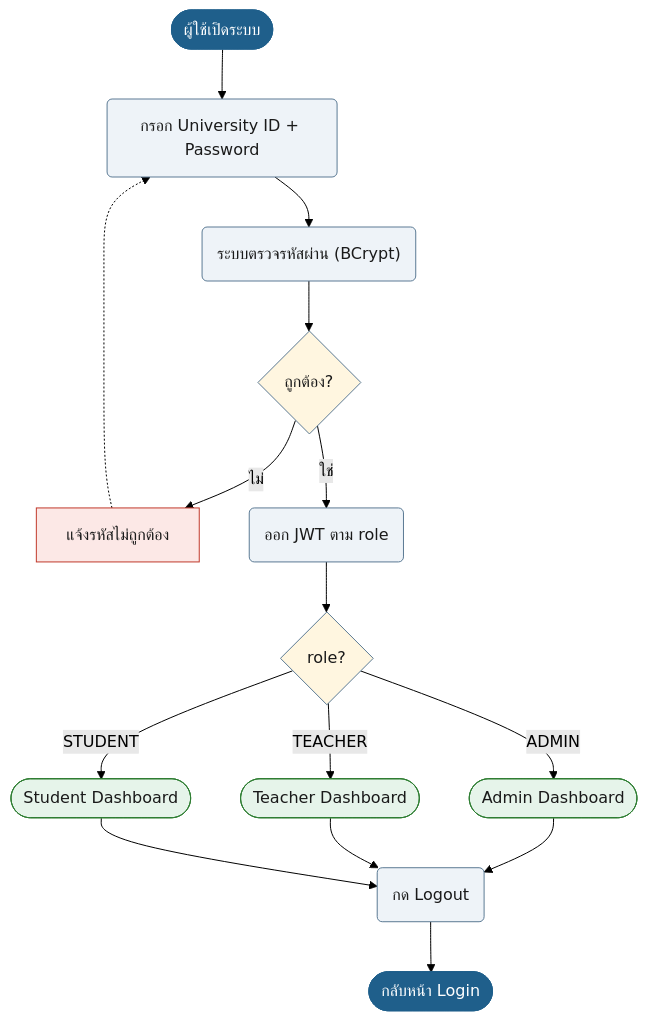
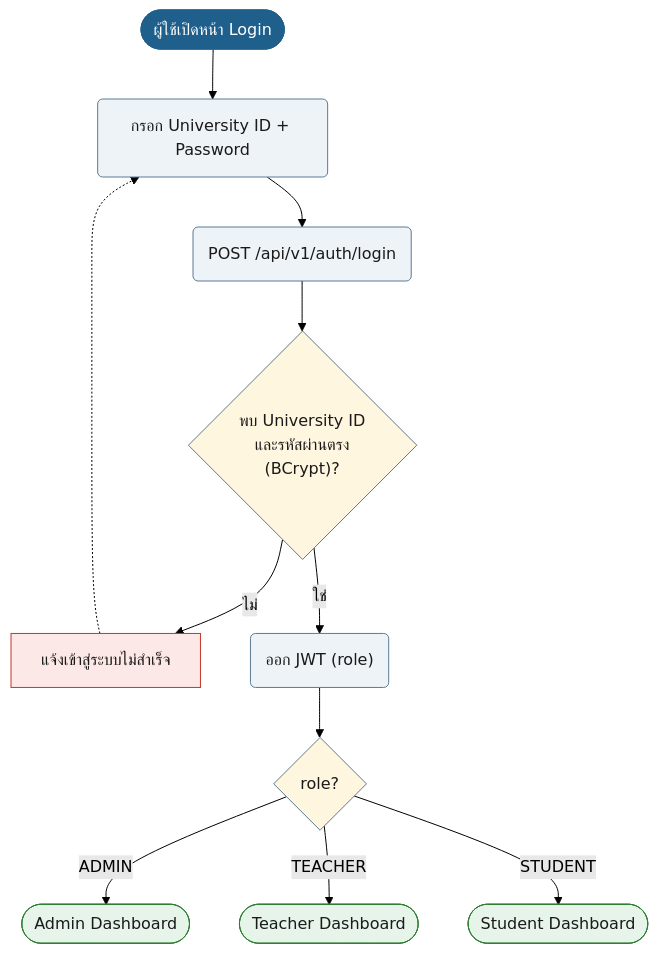
Before and after one commit to synthesixer/AcadOS: the first of 49 diagrams in doc/userflow.md, drawn with Mermaid (forest theme). The commit also changed other lines of this file and 1 other file, not shown here.

````diff
--- a/doc/userflow.md
+++ b/doc/userflow.md
@@ -76,35 +118,29 @@
 ```mermaid
 flowchart TD
-    n1(["ผู้ใช้เปิดระบบ"]):::start
+    n1(["ผู้ใช้เปิดหน้า Login"]):::start
     n2("กรอก University ID + Password"):::act
-    n3("ระบบตรวจรหัสผ่าน (BCrypt)"):::act
+    n3("POST /api/v1/auth/login"):::act
     n1 --> n2
     n2 --> n3
-    n4{"ถูกต้อง?"}:::dec
+    n4{"พบ University ID<br/>และรหัสผ่านตรง<br/>(BCrypt)?"}:::dec
     n3 --> n4
-    n5["แจ้งรหัสไม่ถูกต้อง"]:::bad
+    n5["แจ้งเข้าสู่ระบบไม่สำเร็จ"]:::bad
     n4 -->|ไม่| n5
     n5 -.-> n2
-    n6("ออก JWT ตาม role"):::act
+    n6("ออก JWT (role)"):::act
     n4 -->|ใช่| n6
     n7{"role?"}:::dec
     n6 --> n7
     n8(["Admin Dashboard"]):::ok
     n9(["Teacher Dashboard"]):::ok
     n10(["Student Dashboard"]):::ok
     n7 -->|ADMIN| n8
     n7 -->|TEACHER| n9
     n7 -->|STUDENT| n10
-    n11("กด Logout"):::act
-    n8 --> n11
-    n9 --> n11
-    n10 --> n11
-    n12(["กลับหน้า Login"]):::start
-    n11 --> n12
     classDef start fill:#1F5F8B,stroke:#1F5F8B,color:#fff
     classDef act fill:#EEF3F8,stroke:#5B7A94,color:#1a1a1a
     classDef dec fill:#FFF6E0,stroke:#5B7A94,color:#1a1a1a
     classDef bad fill:#FCE8E6,stroke:#C0392B,color:#1a1a1a
     classDef ok fill:#E6F4EA,stroke:#2E7D32,color:#1a1a1a
     classDef note fill:#F4F4F4,stroke:#999,color:#1a1a1a
 ```
````
